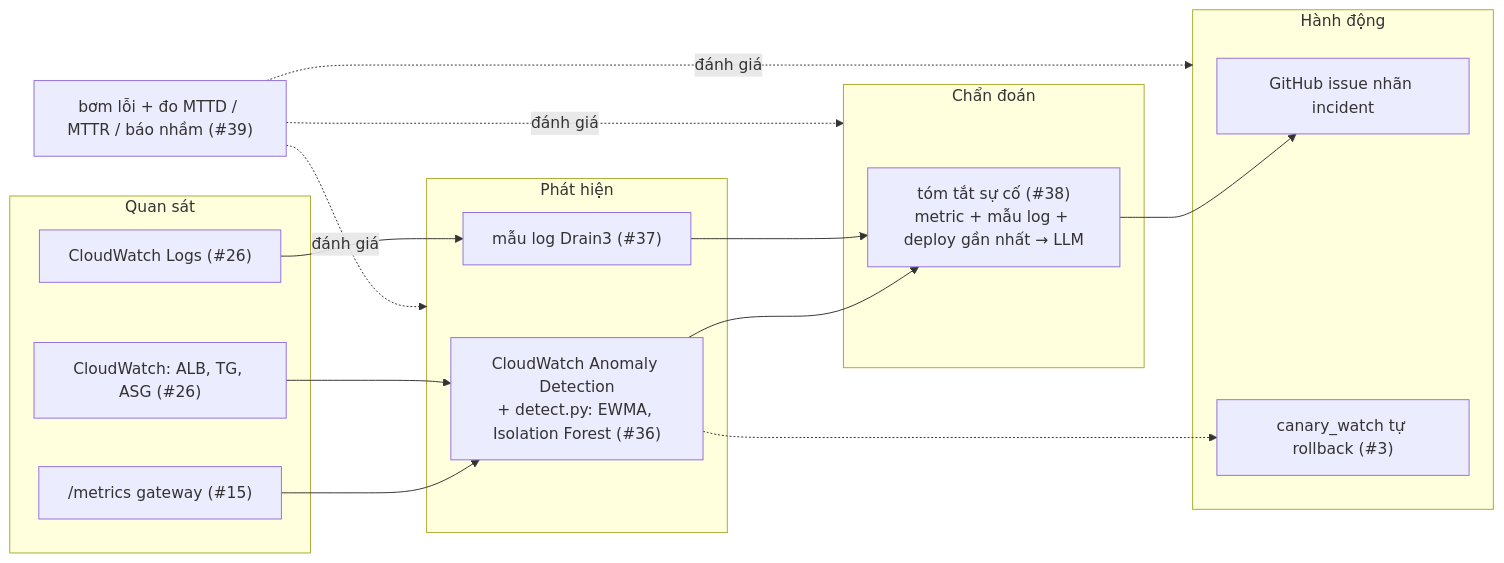
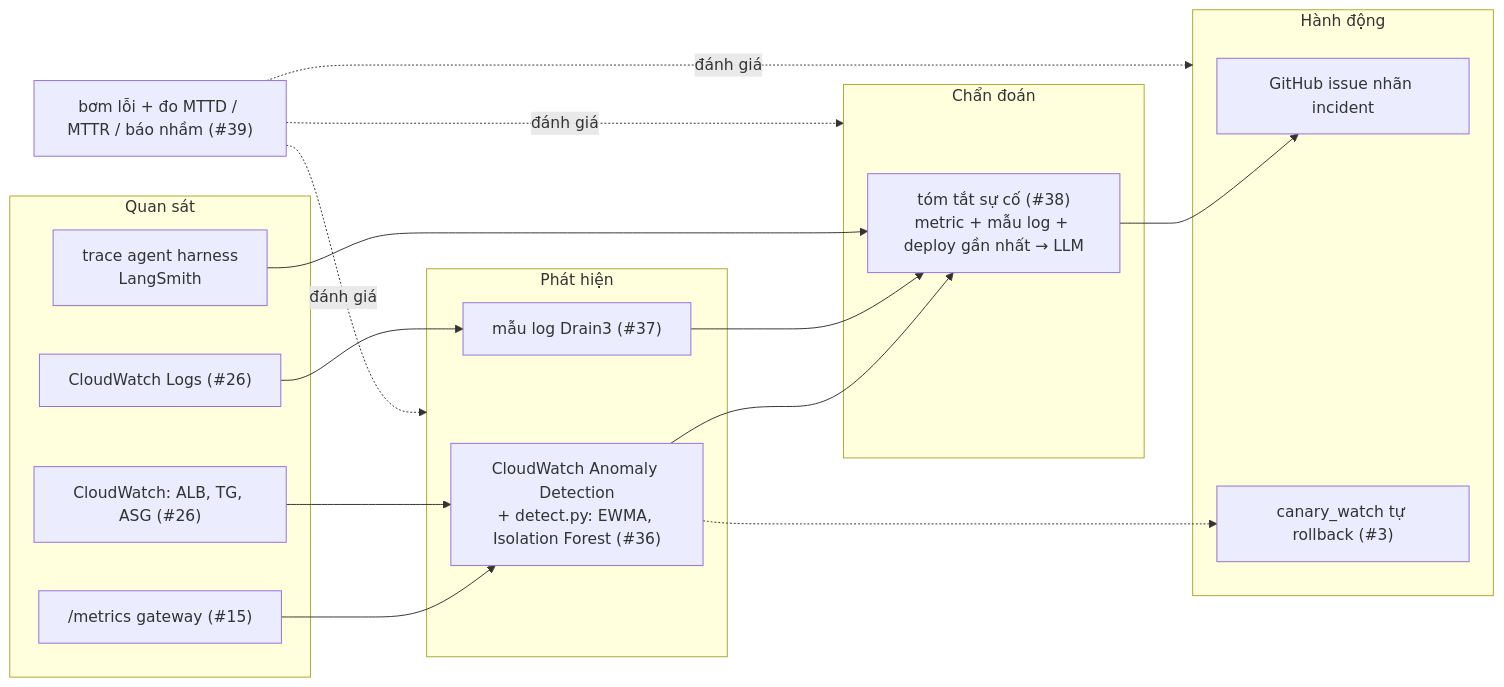
The diagram in docs/nt548/04-aiops.md (LuanLuKim/tripguardian-nt548), drawn with Mermaid before and after one commit. The commit also changed other lines of this file and 1 other file, not shown here.

Commit message:
docs(nt548): agent traces in the AIOps guide, handoff of 25/11

````diff
--- a/docs/nt548/04-aiops.md
+++ b/docs/nt548/04-aiops.md
@@ -9,24 +9,26 @@
 ```mermaid
 flowchart LR
   subgraph O["Quan sát"]
     M["/metrics gateway (#15)"]
     CW["CloudWatch: ALB, TG, ASG (#26)"]
     LG["CloudWatch Logs (#26)"]
+    TR["trace agent harness<br/>LangSmith"]
   end
   subgraph D["Phát hiện"]
     AD["CloudWatch Anomaly Detection<br/>+ detect.py: EWMA, Isolation Forest (#36)"]
     LP["mẫu log Drain3 (#37)"]
   end
   subgraph C["Chẩn đoán"]
     IS["tóm tắt sự cố (#38)<br/>metric + mẫu log + deploy gần nhất → LLM"]
   end
   subgraph A["Hành động"]
     GI["GitHub issue nhãn incident"]
     RB["canary_watch tự rollback (#3)"]
   end
   M & CW --> AD
   LG --> LP
   AD & LP --> IS --> GI
+  TR --> IS
   AD -.-> RB
   EV["bơm lỗi + đo MTTD / MTTR / báo nhầm (#39)"] -.đánh giá.-> D & C & A
 ```
````
